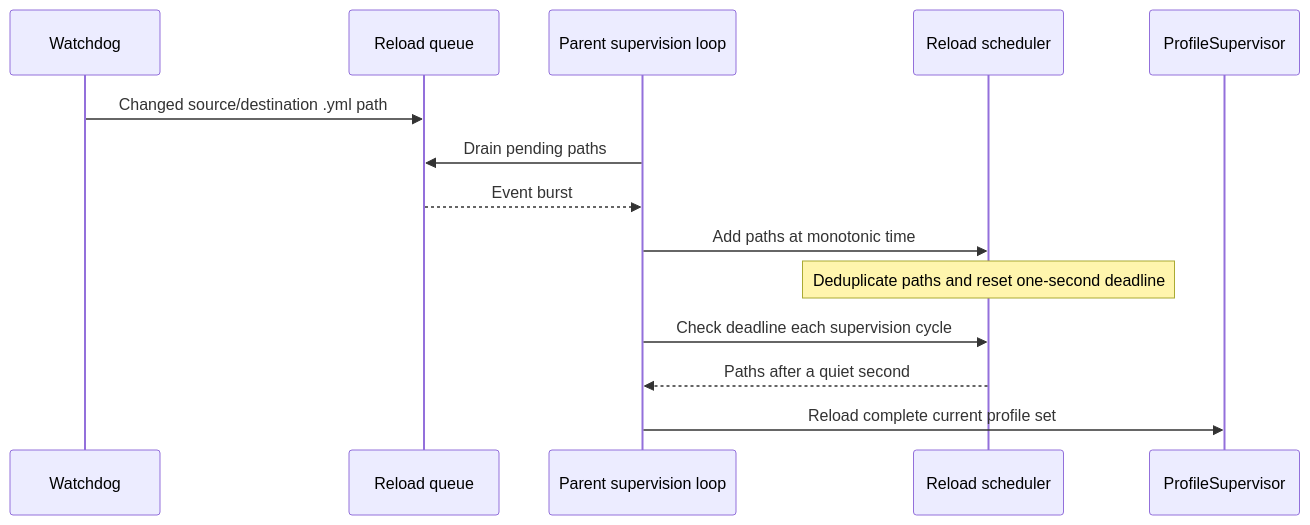
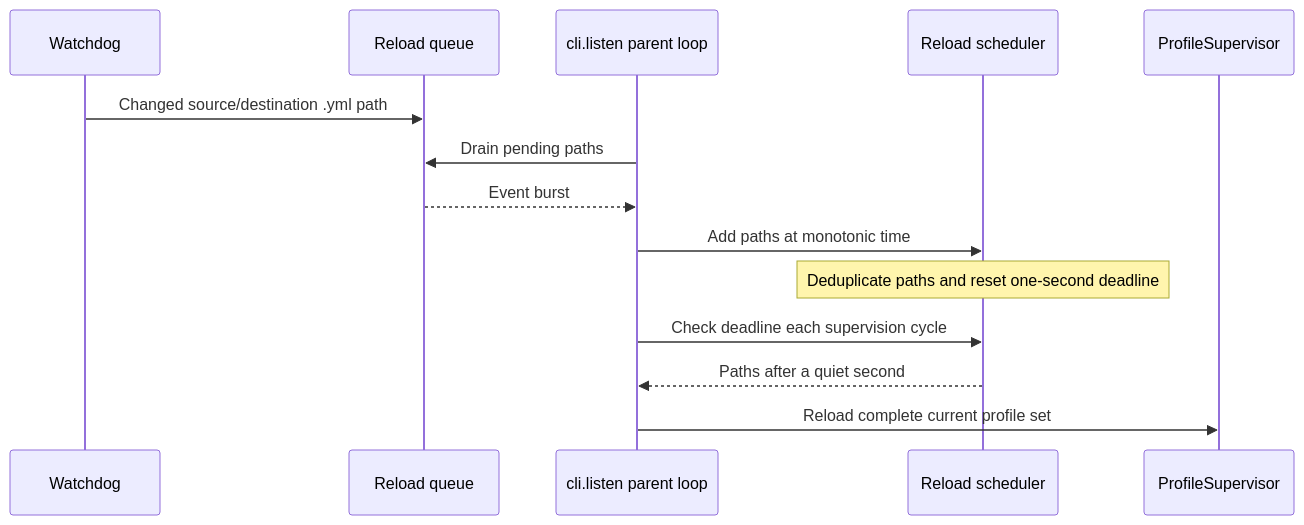
The third of 3 diagrams in src/macropad/README.md (rafaelglikis/macropad), drawn with Mermaid before and after one commit. The commit also changed other lines of this file and 14 other files, not shown here.

````diff
--- a/src/macropad/README.md
+++ b/src/macropad/README.md
@@ -163,17 +182,17 @@
 ```mermaid
 sequenceDiagram
     participant Watchdog
     participant Queue as Reload queue
-    participant CLI as Parent supervision loop
+    participant CLI as cli.listen parent loop
     participant Scheduler as Reload scheduler
     participant Supervisor as ProfileSupervisor
 
     Watchdog->>Queue: Changed source/destination .yml path
     CLI->>Queue: Drain pending paths
     Queue-->>CLI: Event burst
     CLI->>Scheduler: Add paths at monotonic time
     Note over Scheduler: Deduplicate paths and reset one-second deadline
     CLI->>Scheduler: Check deadline each supervision cycle
     Scheduler-->>CLI: Paths after a quiet second
     CLI->>Supervisor: Reload complete current profile set
 ```
````
